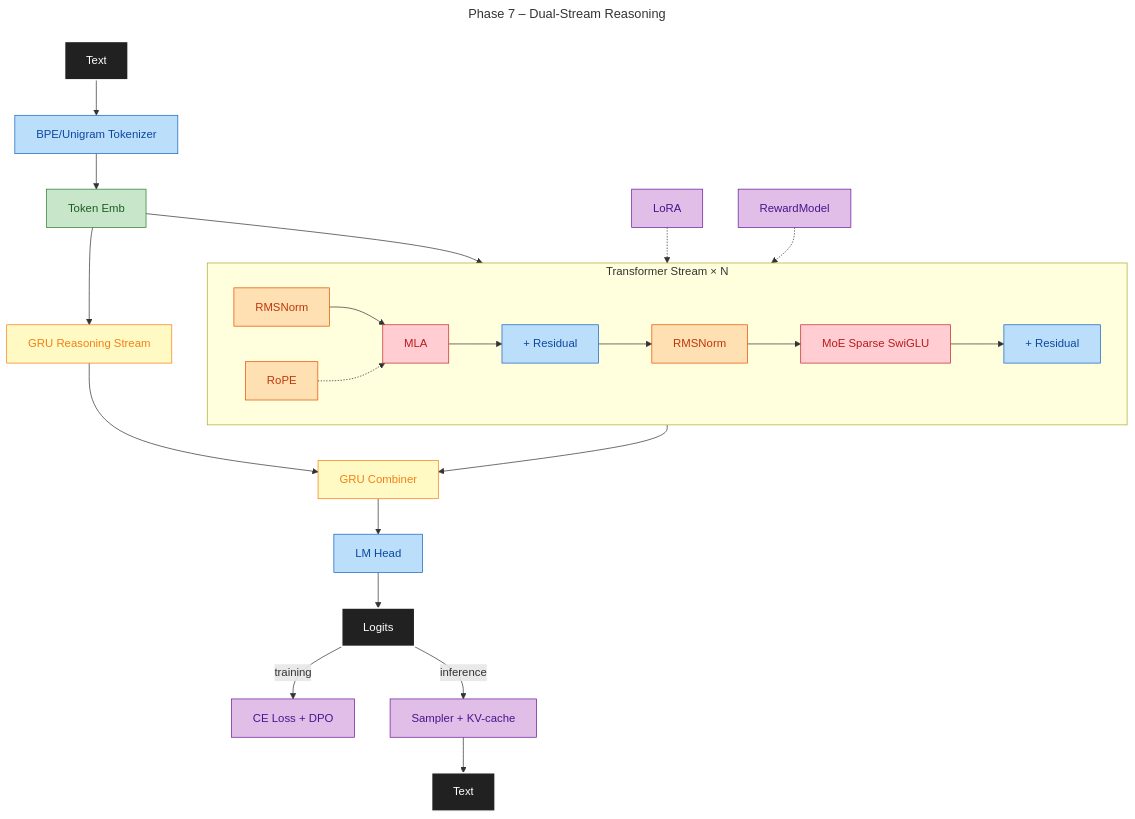
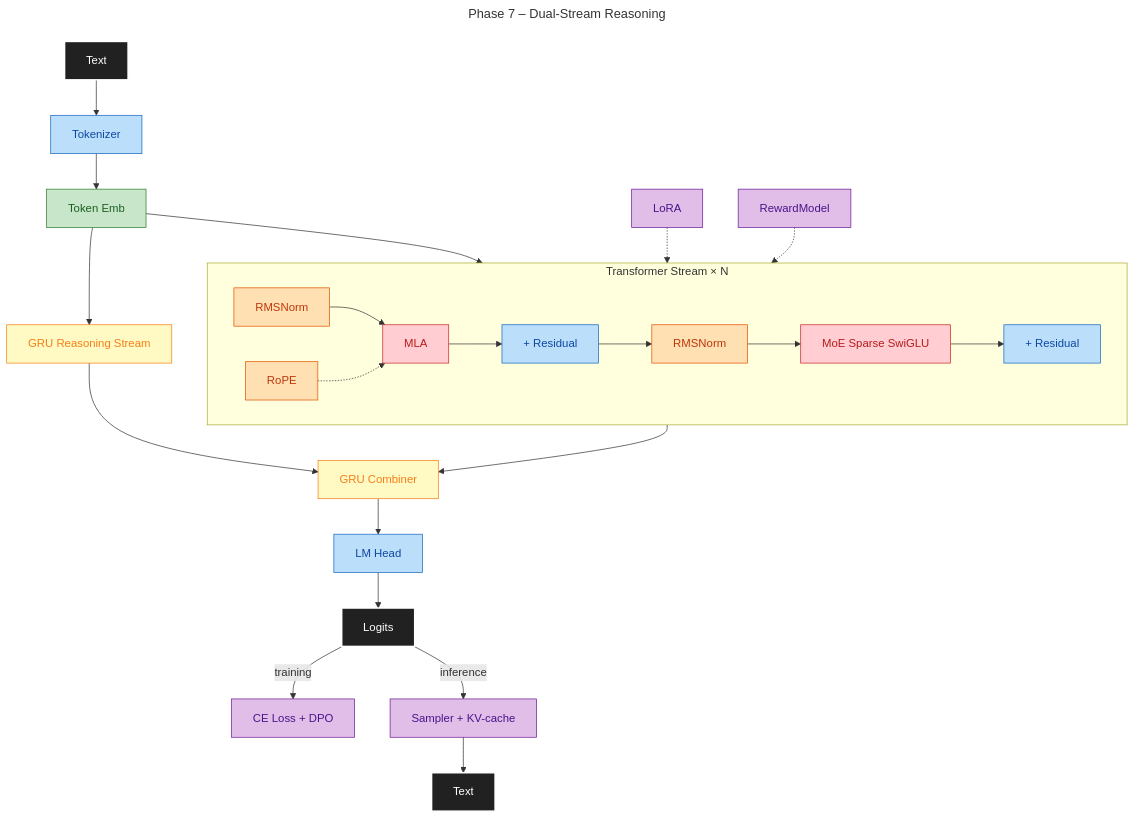
Before and after one commit to maxjbarfuss/max_llm: the sixth of 7 diagrams in docs/DESIGN.md, drawn with Mermaid. The commit also changed other lines of this file and 5 other files, not shown here.

````diff
--- a/docs/DESIGN.md
+++ b/docs/DESIGN.md
@@ -150,30 +150,30 @@
 ```mermaid
 ---
 title: Phase 7 – Dual-Stream Reasoning
 ---
 graph TD
-    A[Text]:::io --> B[BPE/Unigram Tokenizer]:::p3 --> C[Token Emb]:::p2
+    A[Text]:::io --> B[Tokenizer]:::p3 --> C[Token Emb]:::p2
     C --> TStream
     C --> RGRU[GRU Reasoning Stream]:::p7
 
     subgraph TStream[Transformer Stream × N]
         direction LR
         D[RMSNorm]:::p4 --> E[MLA]:::p6 --> F[+ Residual]:::p3 --> G[RMSNorm]:::p4 --> H[MoE Sparse SwiGLU]:::p6 --> I[+ Residual]:::p3
         RoPE:::p4 -.-> E
     end
 
     LoRA:::p5 -.-> TStream
     RewardModel:::p5 -.-> TStream
     TStream --> COMB[GRU Combiner]:::p7
     RGRU --> COMB
     COMB --> J[LM Head]:::p3 --> K[Logits]:::io
     K -->|training| L[CE Loss + DPO]:::p5
     K -->|inference| M[Sampler + KV-cache]:::p5 --> N[Text]:::io
     classDef io fill:#212121,stroke:#FFFFFF,color:#FFFFFF,stroke-width:2px
     classDef p2 fill:#C8E6C9,stroke:#2E7D32,color:#1B5E20
     classDef p3 fill:#BBDEFB,stroke:#1565C0,color:#0D47A1
     classDef p4 fill:#FFE0B2,stroke:#E65100,color:#BF360C
     classDef p5 fill:#E1BEE7,stroke:#6A1B9A,color:#4A148C
     classDef p6 fill:#FFCDD2,stroke:#C62828,color:#B71C1C
     classDef p7 fill:#FFF9C4,stroke:#F57F17,color:#F57F17
 ```
````
